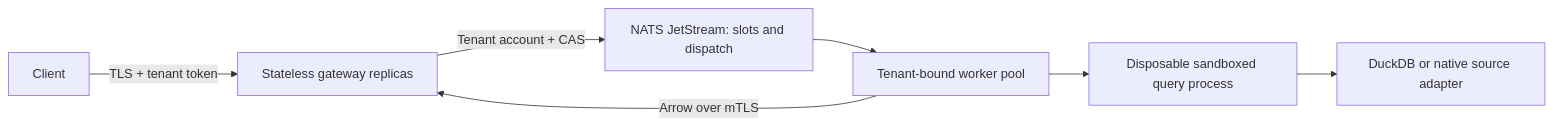
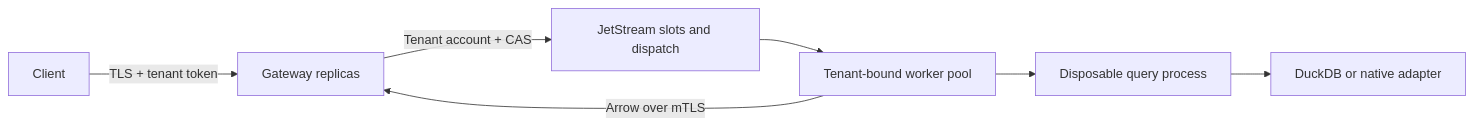
The diagram in docs/cluster.md (SyneHQ/kelvo-go), drawn with Mermaid before and after one commit. The commit also changed other lines of this file and 9 other files, not shown here.

````diff
--- a/docs/cluster.md
+++ b/docs/cluster.md
@@ -5,9 +5,9 @@
 ```mermaid
 flowchart LR
-    Client -->|TLS + tenant token| Gateway[Stateless gateway replicas]
-    Gateway -->|Tenant account + CAS| NATS[NATS JetStream: slots and dispatch]
+    Client -->|TLS + tenant token| Gateway[Gateway replicas]
+    Gateway -->|Tenant account + CAS| NATS[JetStream slots and dispatch]
     NATS --> Worker[Tenant-bound worker pool]
-    Worker --> Sandbox[Disposable sandboxed query process]
-    Sandbox --> DB[DuckDB or native source adapter]
+    Worker --> Sandbox[Disposable query process]
+    Sandbox --> DB[DuckDB or native adapter]
     Worker -->|Arrow over mTLS| Gateway
 ```
````
